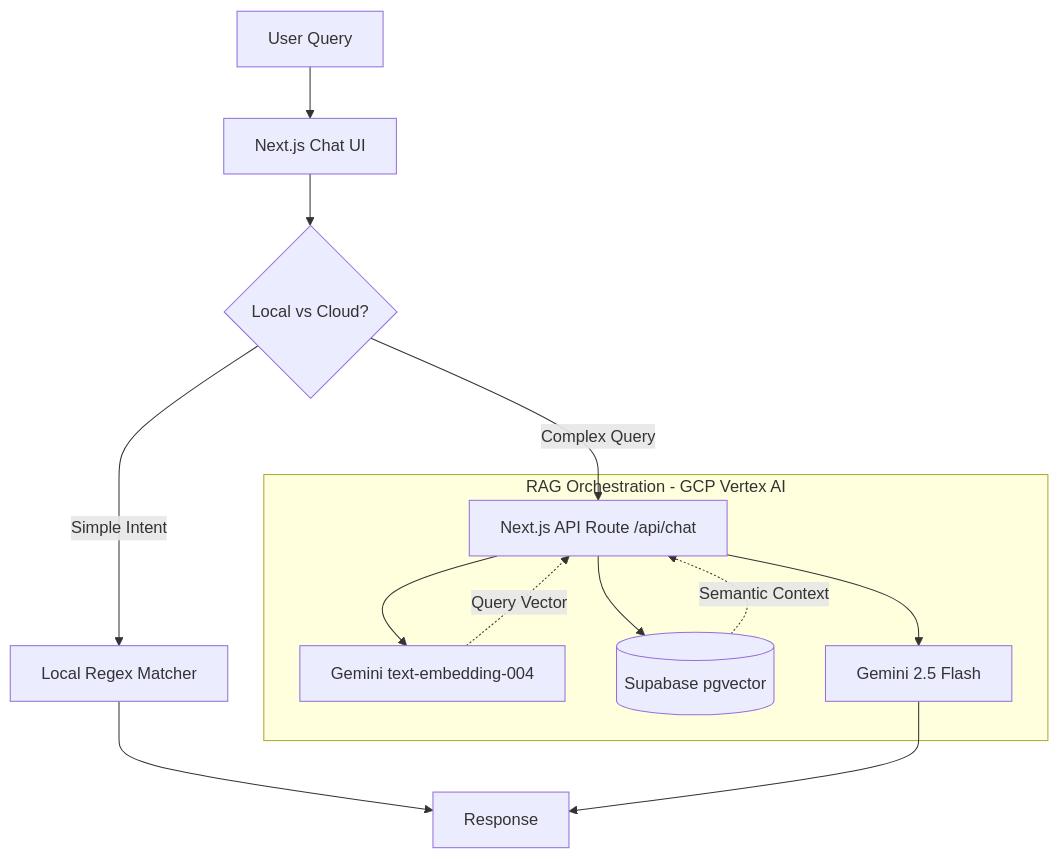
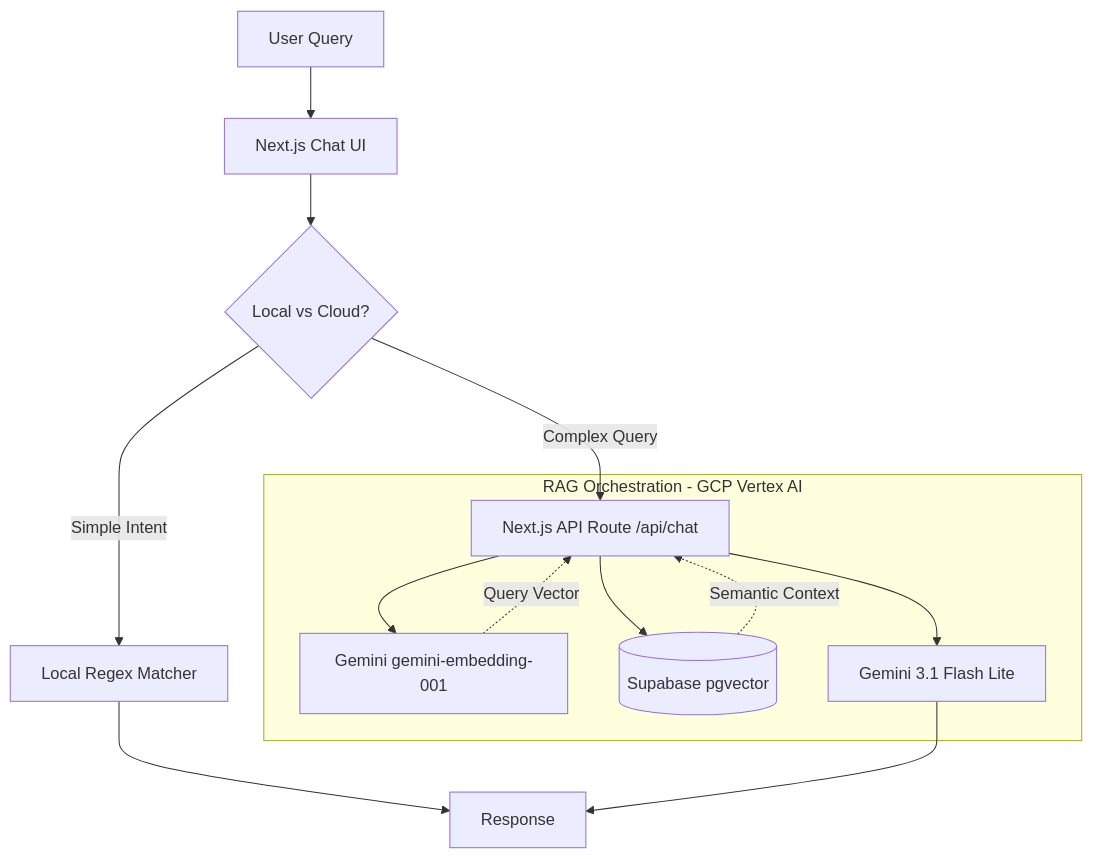
Before and after one commit to aadvxe/AI-powered-portfolio: the diagram in README.md, drawn with Mermaid. The commit also changed other lines of this file and 1 other file, not shown here.

````diff
--- a/README.md
+++ b/README.md
@@ -9,20 +9,20 @@
 ```mermaid
 graph TD
     User["User Query"] --> Frontend["Next.js Chat UI"]
     Frontend --> HybridRouter{"Local vs Cloud?"}
 
     HybridRouter -- Simple Intent --> Local["Local Regex Matcher"]
     Local --> Response["Response"]
 
     HybridRouter -- Complex Query --> API["Next.js API Route /api/chat"]
 
     subgraph RAG_Orchestration ["RAG Orchestration - GCP Vertex AI"]
-    API --> Embed["Gemini text-embedding-004"]
+    API --> Embed["Gemini gemini-embedding-001"]
     Embed -.->|Query Vector| API
     API --> VectorDB[("Supabase pgvector")]
     VectorDB -.->|Semantic Context| API
-    API --> LLM["Gemini 2.5 Flash"]
+    API --> LLM["Gemini 3.1 Flash Lite"]
     end
 
     LLM --> Response
 ```
````
